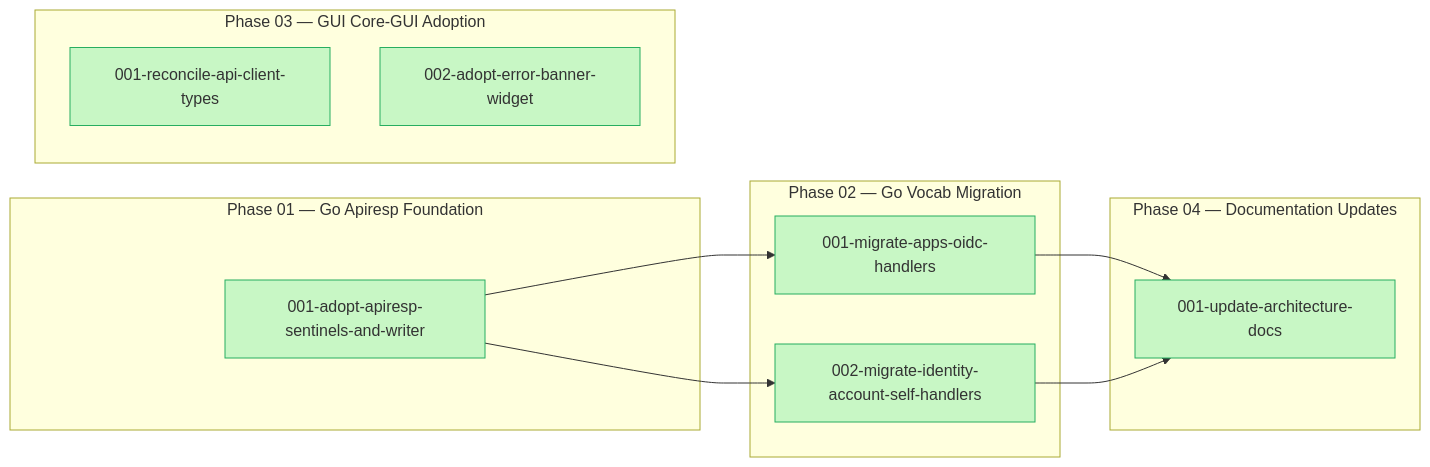
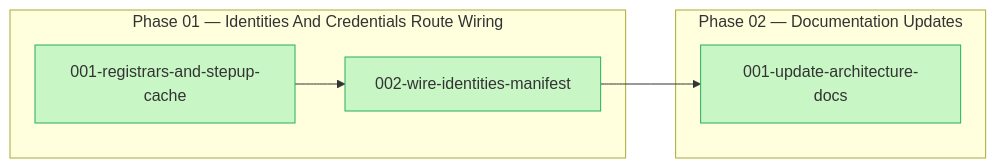
Before and after one commit to moduleforge/mod-users: the first of 2 diagrams in plan/summary.md, drawn with Mermaid. The commit also changed other lines of this file, not shown here.

Commit message:
plan(identities-manifest-wiring): write plan summary

````diff
--- a/plan/summary.md
+++ b/plan/summary.md
@@ -81,22 +86,13 @@
 ```mermaid
 graph LR
-  subgraph Phase_01["Phase 01 — Go Apiresp Foundation"]
-    P1T1["001-adopt-apiresp-sentinels-and-writer"]:::done
+  subgraph Phase_01["Phase 01 — Identities And Credentials Route Wiring"]
+    A1["001-registrars-and-stepup-cache"]:::done
+    A2["002-wire-identities-manifest"]:::done
   end
-  subgraph Phase_02["Phase 02 — Go Vocab Migration"]
-    P2T1["001-migrate-apps-oidc-handlers"]:::done
-    P2T2["002-migrate-identity-account-self-handlers"]:::done
+  subgraph Phase_02["Phase 02 — Documentation Updates"]
+    B1["001-update-architecture-docs"]:::done
   end
-  subgraph Phase_03["Phase 03 — GUI Core-GUI Adoption"]
-    P3T1["001-reconcile-api-client-types"]:::done
-    P3T2["002-adopt-error-banner-widget"]:::done
-  end
-  subgraph Phase_04["Phase 04 — Documentation Updates"]
-    P4T1["001-update-architecture-docs"]:::done
-  end
-  P1T1 --> P2T1
-  P1T1 --> P2T2
-  P2T1 --> P4T1
-  P2T2 --> P4T1
+  A1 --> A2
+  A2 --> B1
   classDef done fill:#c8f7c5,stroke:#27ae60
 ```
````
